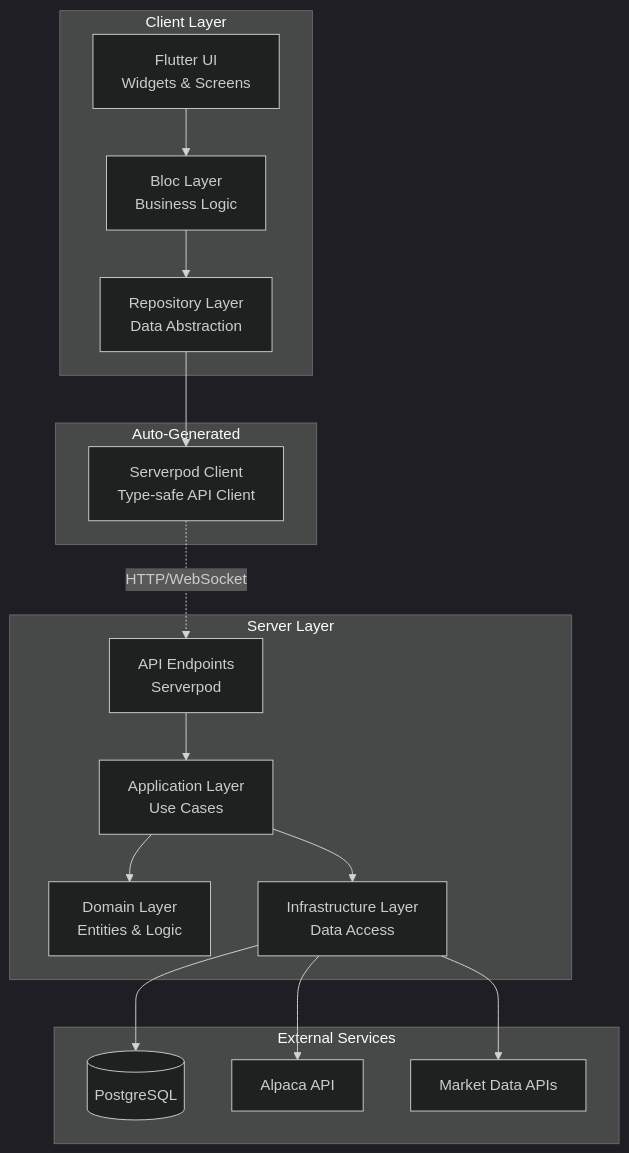
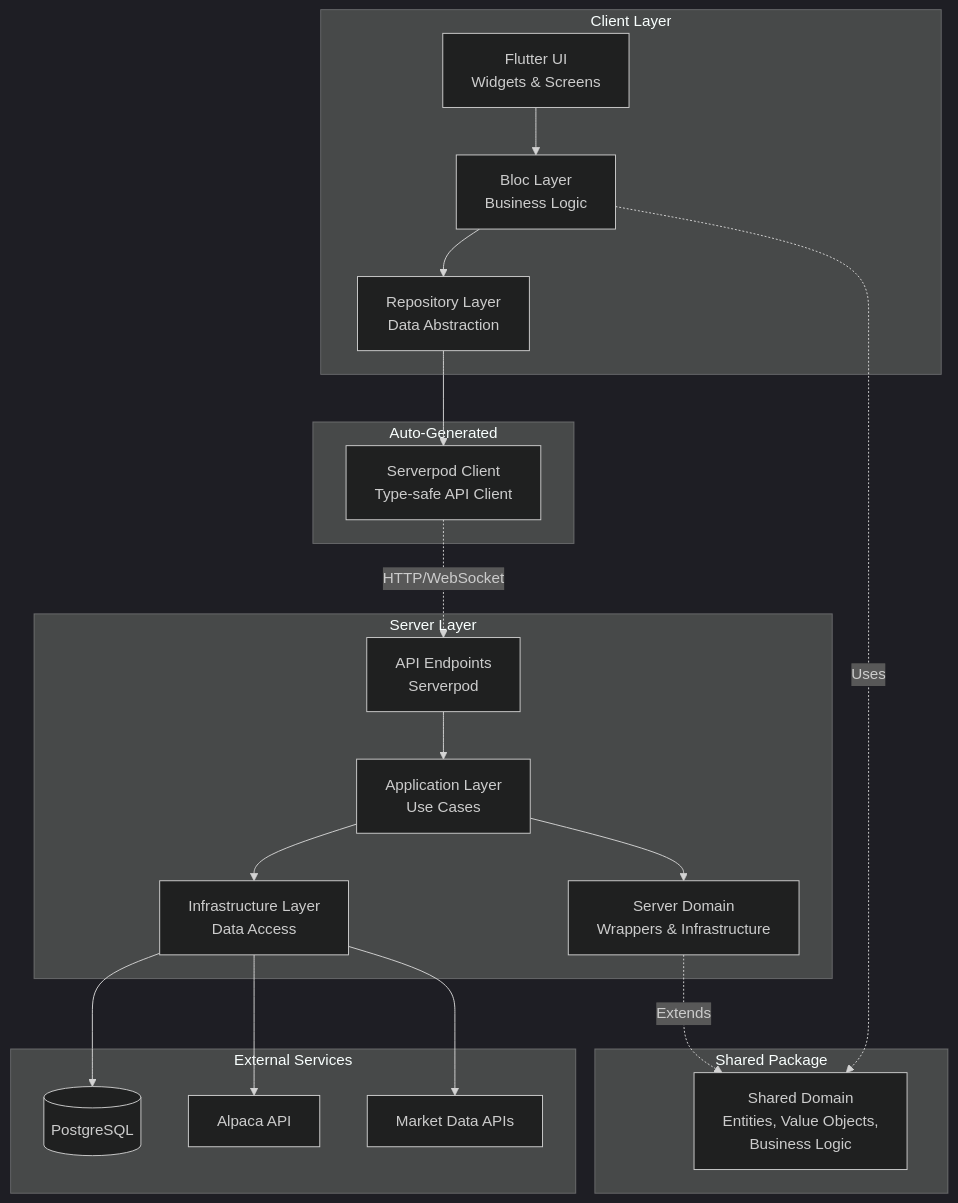
One commit to pentaxis93/zenvestor changed the first of 3 diagrams in docs/core-documents/zenvestor-architecture.md. Above: the diagram before and after it, drawn with Mermaid (dark theme). The commit also changed other lines of this file and 4 other files, not shown here.

Commit message:
docs(shared-domain): update all documentation for shared domain package usage

````diff
--- a/docs/core-documents/zenvestor-architecture.md
+++ b/docs/core-documents/zenvestor-architecture.md
@@ -42,36 +43,42 @@
 ```mermaid
 graph TB
     subgraph "Client Layer"
         UI[Flutter UI<br/>Widgets & Screens]
         BLOC[Bloc Layer<br/>Business Logic]
         REPO[Repository Layer<br/>Data Abstraction]
+    end
+    
+    subgraph "Shared Package"
+        SHARED[Shared Domain<br/>Entities, Value Objects,<br/>Business Logic]
     end
     
     subgraph "Auto-Generated"
         CLIENT[Serverpod Client<br/>Type-safe API Client]
     end
     
     subgraph "Server Layer"
         API[API Endpoints<br/>Serverpod]
         APP[Application Layer<br/>Use Cases]
-        DOMAIN[Domain Layer<br/>Entities & Logic]
+        SDOMAIN[Server Domain<br/>Wrappers & Infrastructure]
         INFRA[Infrastructure Layer<br/>Data Access]
     end
     
     subgraph "External Services"
         DB[(PostgreSQL)]
         ALPACA[Alpaca API]
         MARKET[Market Data APIs]
     end
     
     UI --> BLOC
     BLOC --> REPO
+    BLOC -.->|Uses| SHARED
     REPO --> CLIENT
     CLIENT -.->|HTTP/WebSocket| API
     API --> APP
-    APP --> DOMAIN
+    APP --> SDOMAIN
+    SDOMAIN -.->|Extends| SHARED
     APP --> INFRA
     INFRA --> DB
     INFRA --> ALPACA
     INFRA --> MARKET
 ```
````
